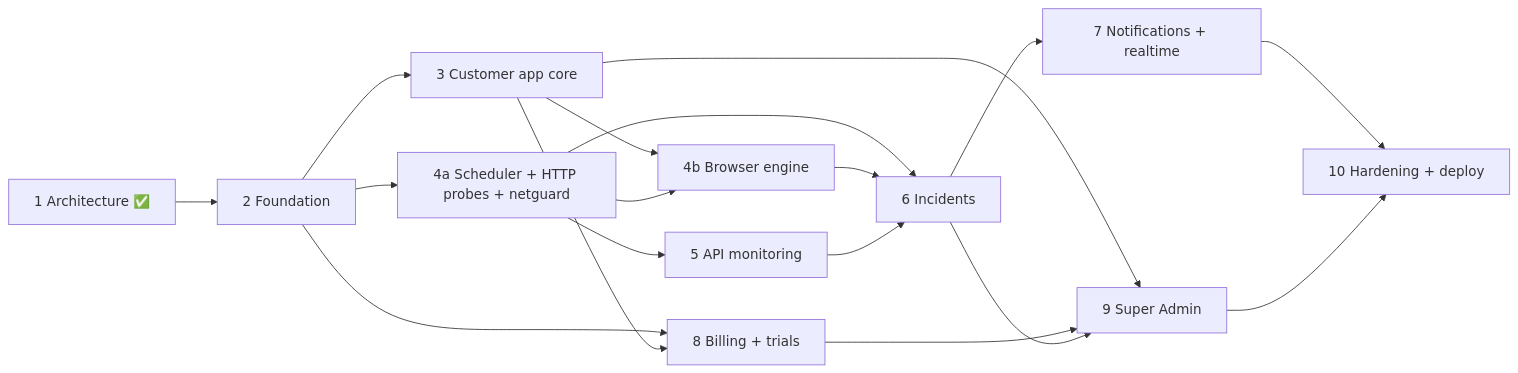
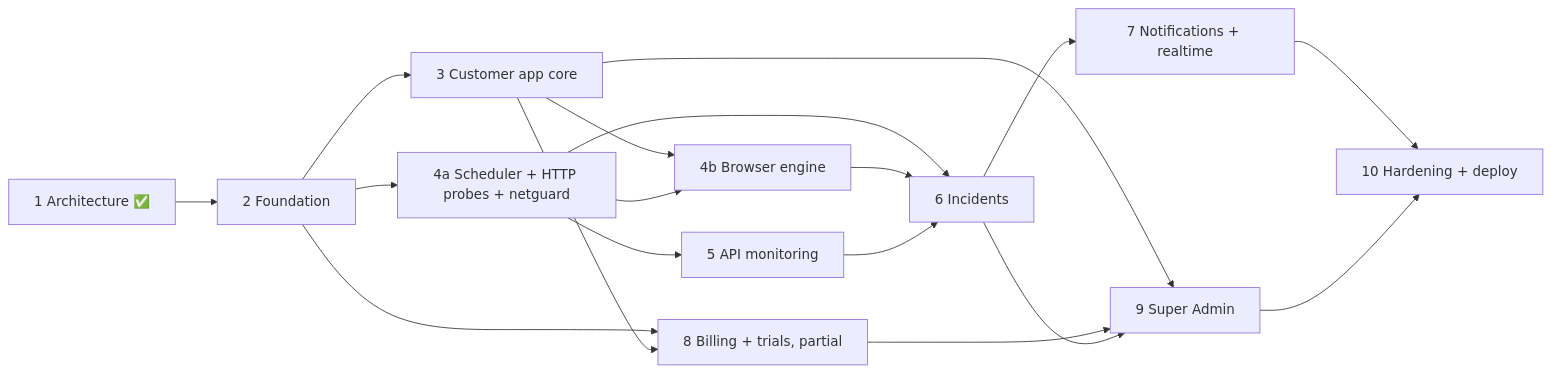
Before and after one commit to sarbeshtiwari/sitesentinel: the diagram in docs/DEVELOPMENT_ROADMAP.md, drawn with Mermaid. The commit also changed other lines of this file and 47 other files, not shown here.

````diff
--- a/docs/DEVELOPMENT_ROADMAP.md
+++ b/docs/DEVELOPMENT_ROADMAP.md
@@ -7,20 +7,20 @@
 ```mermaid
 flowchart LR
   P1[1 Architecture ✅] --> P2[2 Foundation]
   P2 --> P3[3 Customer app core]
   P2 --> P4a[4a Scheduler + HTTP probes + netguard]
   P3 --> P4b[4b Browser engine]
   P4a --> P4b
   P4a --> P5[5 API monitoring]
   P4a --> P6[6 Incidents]
   P4b --> P6
   P5 --> P6
   P6 --> P7[7 Notifications + realtime]
-  P2 --> P8[8 Billing + trials]
+  P2 --> P8[8 Billing + trials, partial]
   P3 --> P8
   P3 --> P9[9 Super Admin]
   P8 --> P9
   P6 --> P9
   P7 --> P10[10 Hardening + deploy]
   P9 --> P10
 ```
````
